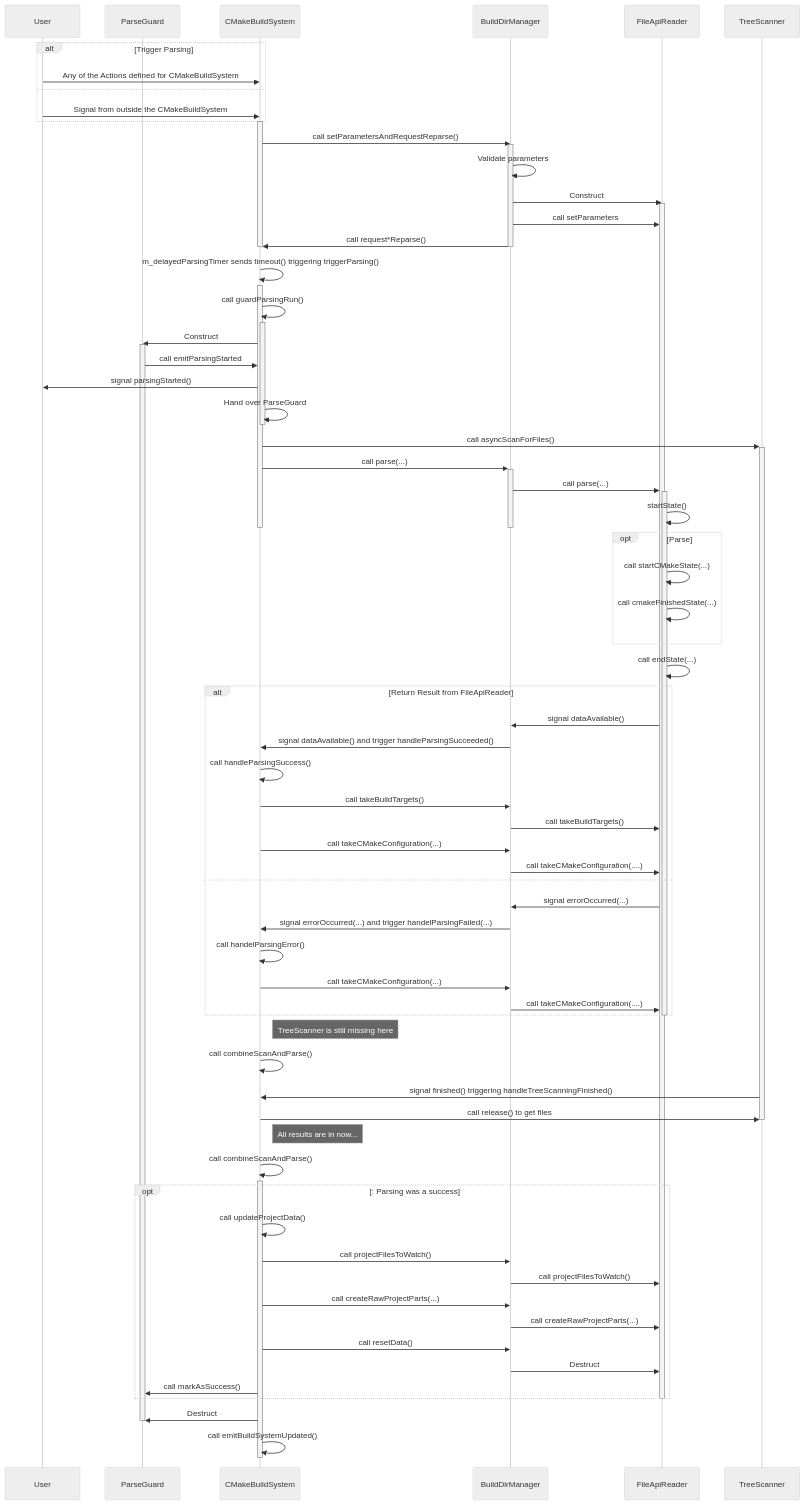
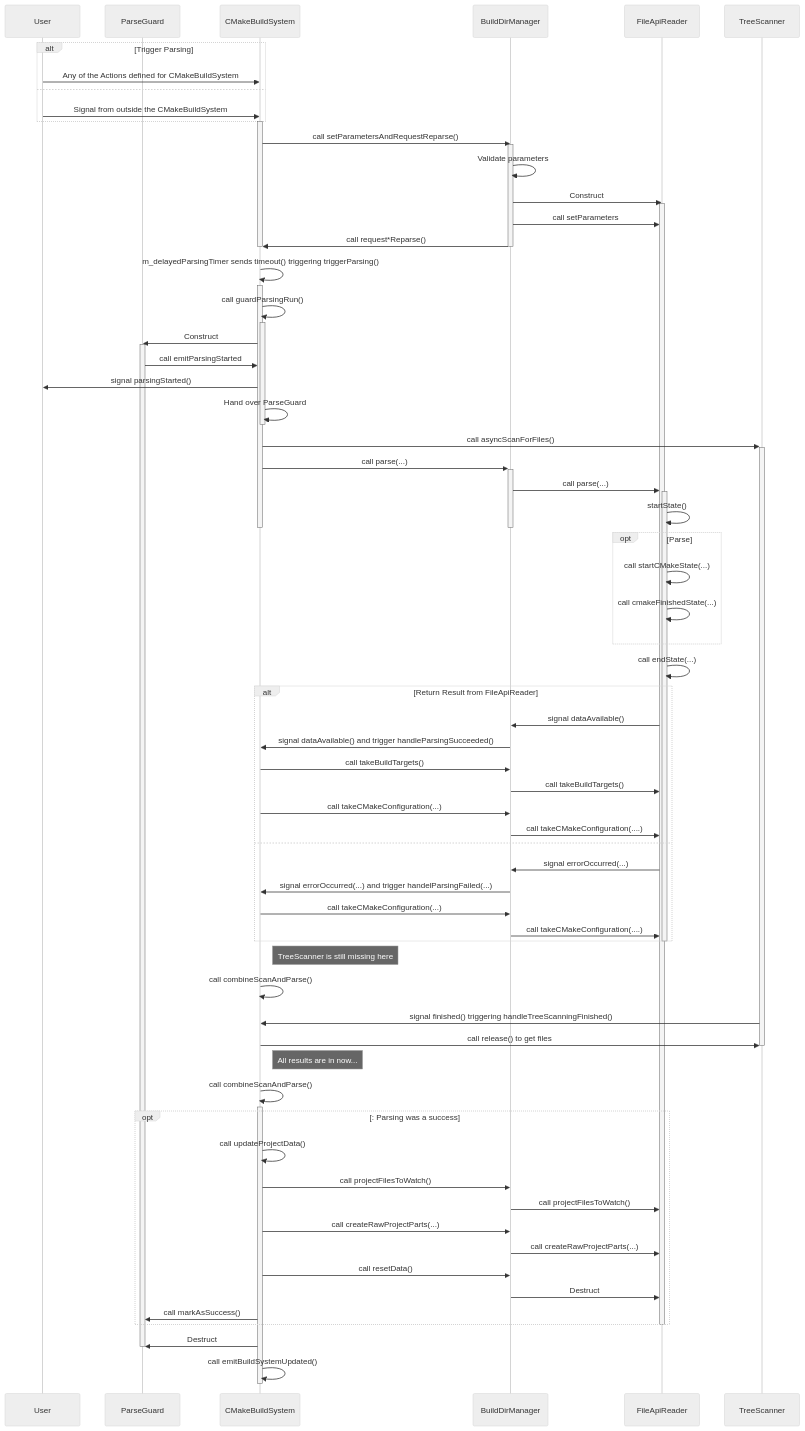
Before and after one commit to h4tr3d/cmakeprojectmanager2: the third of 4 diagrams in cmakebuildsystem.md, drawn with Mermaid (neutral theme). The commit also changed other lines of this file and 2 other files, not shown here.

First line of the commit message:
CMake: Simplify CMake Build System states a bit

```diff
--- a/cmakebuildsystem.md
+++ b/cmakebuildsystem.md
@@ -110,7 +108,6 @@
     alt Return Result from FileApiReader
     FileApiReader ->> BuildDirManager: signal dataAvailable()
     BuildDirManager ->> CMakeBuildSystem: signal dataAvailable() and trigger handleParsingSucceeded()
-    CMakeBuildSystem ->> CMakeBuildSystem: call handleParsingSuccess()
     CMakeBuildSystem ->> BuildDirManager: call takeBuildTargets()
     BuildDirManager ->> FileApiReader: call takeBuildTargets()
     CMakeBuildSystem ->> BuildDirManager: call takeCMakeConfiguration(...)
@@ -118,7 +115,6 @@
     else
     FileApiReader ->> BuildDirManager: signal errorOccurred(...)
     BuildDirManager ->> CMakeBuildSystem: signal errorOccurred(...) and trigger handelParsingFailed(...)
-    CMakeBuildSystem ->> CMakeBuildSystem: call handelParsingError()
     CMakeBuildSystem ->> BuildDirManager: call takeCMakeConfiguration(...)
     BuildDirManager ->> FileApiReader: call takeCMakeConfiguration(....)
     end
```
